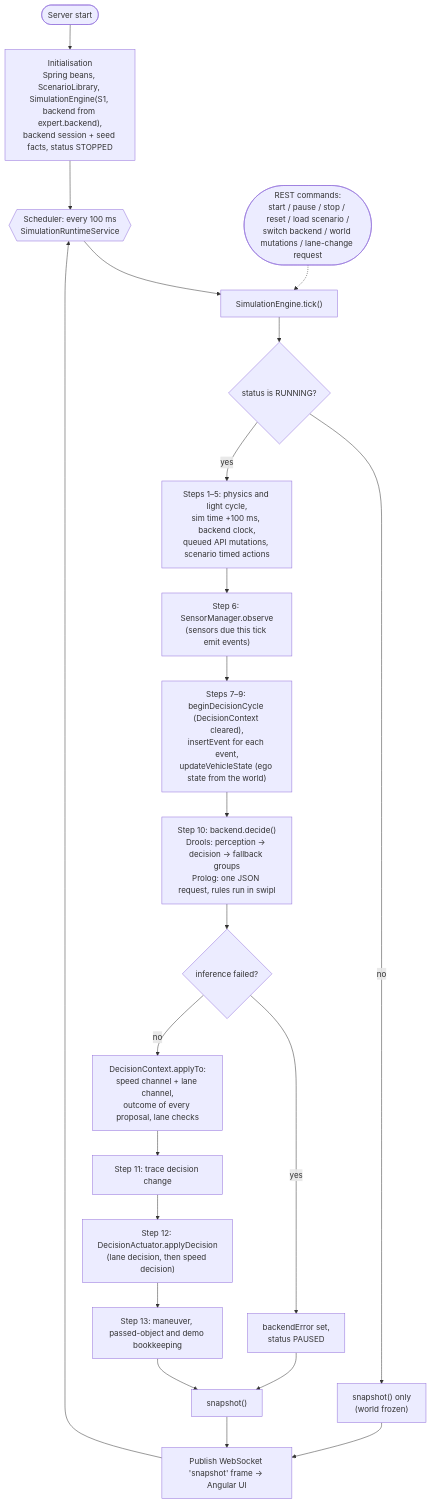
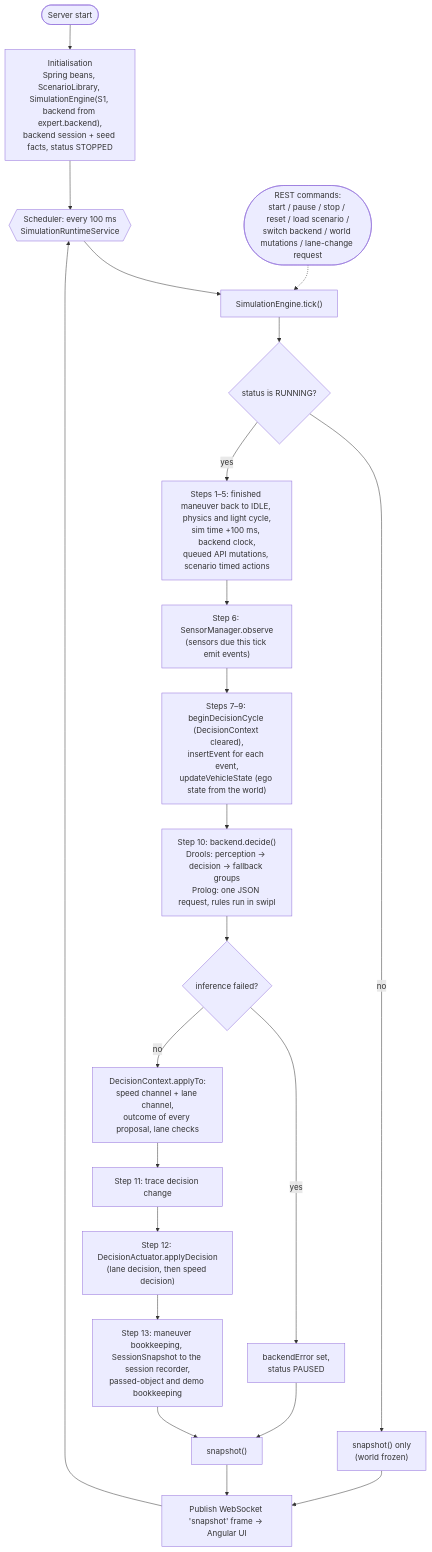
One commit to 1-2Drive/projeto-1 changed the first of 3 diagrams in docs/EXECUTION_FLOW.md. Above: the diagram before and after it, drawn with Mermaid. The commit also changed other lines of this file and 38 other files, not shown here.

````diff
--- a/docs/EXECUTION_FLOW.md
+++ b/docs/EXECUTION_FLOW.md
@@ -18,22 +19,22 @@
 ```mermaid
 flowchart TD
     START([Server start]) --> INIT["Initialisation<br/>Spring beans, ScenarioLibrary, SimulationEngine(S1, backend from expert.backend),<br/>backend session + seed facts, status STOPPED"]
     INIT --> LOOP{{"Scheduler: every 100 ms<br/>SimulationRuntimeService"}}
     LOOP --> TICK["SimulationEngine.tick()"]
     TICK --> RUN{"status is RUNNING?"}
     RUN -- no --> SNAP0["snapshot() only<br/>(world frozen)"] --> PUB
-    RUN -- yes --> WORLD["Steps 1–5: physics and light cycle,<br/>sim time +100 ms, backend clock,<br/>queued API mutations, scenario timed actions"]
+    RUN -- yes --> WORLD["Steps 1–5: finished maneuver back to IDLE, physics and light cycle,<br/>sim time +100 ms, backend clock,<br/>queued API mutations, scenario timed actions"]
     WORLD --> SENSE["Step 6: SensorManager.observe<br/>(sensors due this tick emit events)"]
     SENSE --> INPUT["Steps 7–9: beginDecisionCycle (DecisionContext cleared),<br/>insertEvent for each event,<br/>updateVehicleState (ego state from the world)"]
     INPUT --> FIRE["Step 10: backend.decide()<br/>Drools: perception → decision → fallback groups<br/>Prolog: one JSON request, rules run in swipl"]
     FIRE --> ERR{"inference failed?"}
     ERR -- yes --> PAUSE["backendError set,<br/>status PAUSED"] --> SNAP
     ERR -- no --> ARB["DecisionContext.applyTo:<br/>speed channel + lane channel,<br/>outcome of every proposal, lane checks"]
     ARB --> DEC["Step 11: trace decision change"]
     DEC --> ACT["Step 12: DecisionActuator.applyDecision<br/>(lane decision, then speed decision)"]
-    ACT --> BOOK["Step 13: maneuver, passed-object and demo bookkeeping"]
+    ACT --> BOOK["Step 13: maneuver bookkeeping, SessionSnapshot to the session recorder,<br/>passed-object and demo bookkeeping"]
     BOOK --> SNAP["snapshot()"]
     SNAP --> PUB["Publish WebSocket 'snapshot' frame → Angular UI"]
     PUB --> LOOP
     CMD(["REST commands:<br/>start / pause / stop / reset / load scenario /<br/>switch backend / world mutations / lane-change request"]) -.-> TICK
 ```
````
